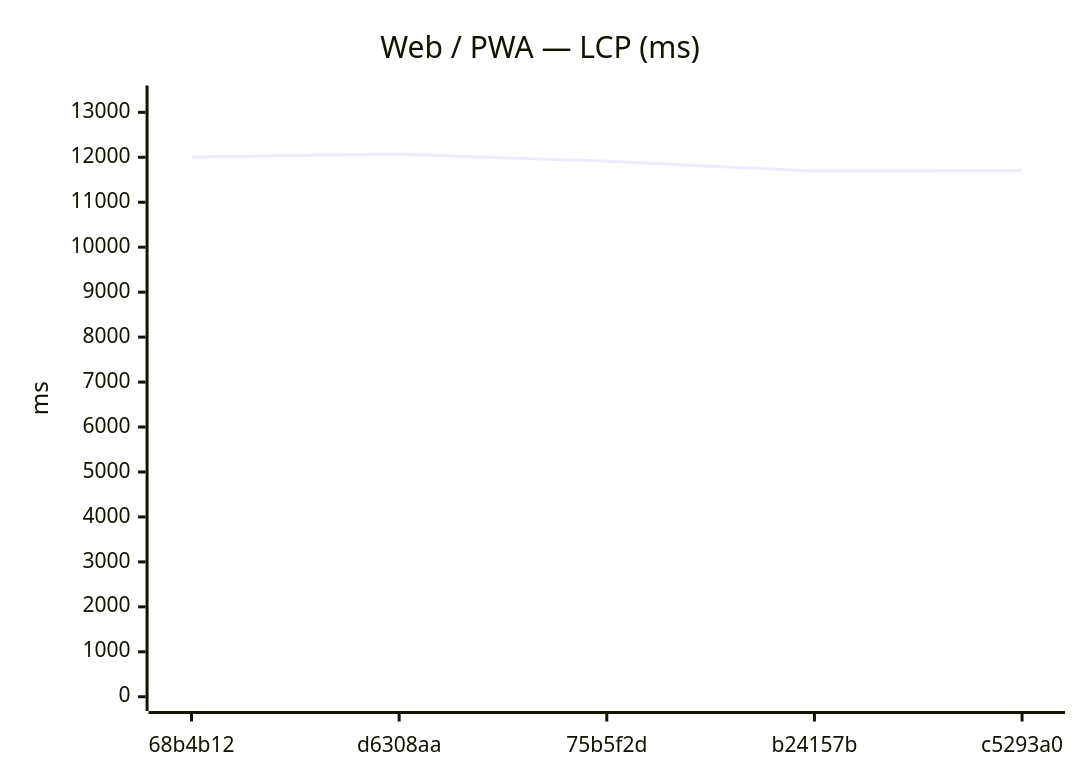
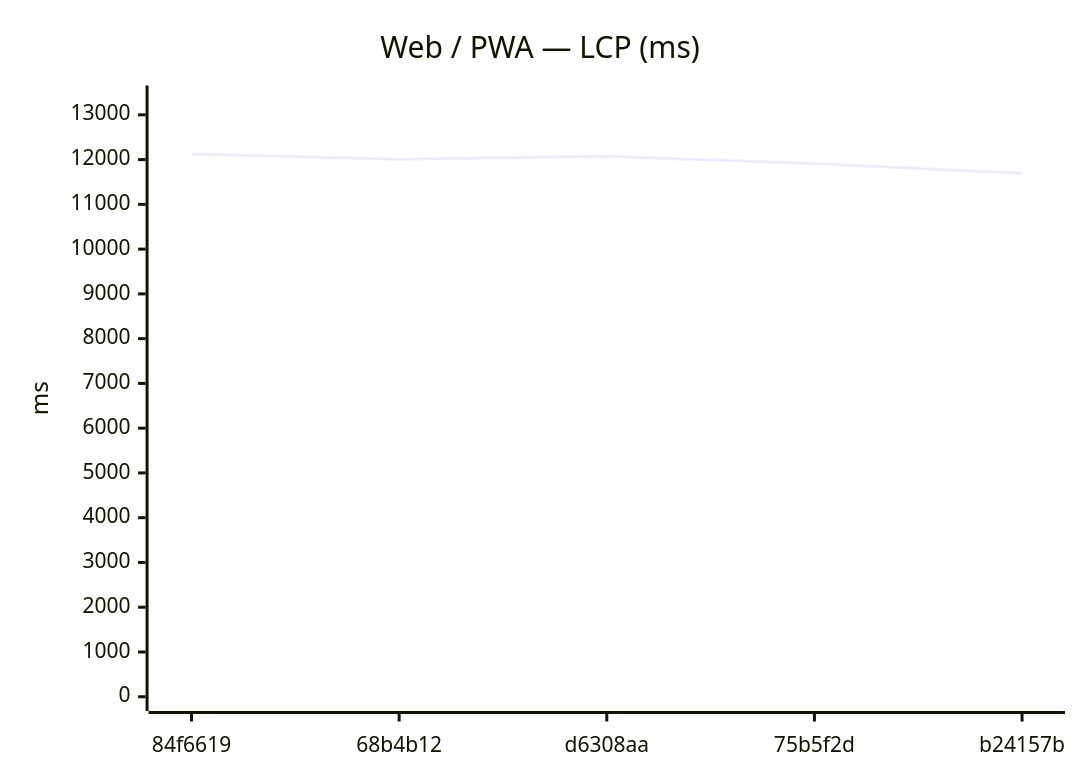
Before and after one commit to Metaheurist/Rianell: the seventh of 18 diagrams in benchmarks/compare.md, drawn with Mermaid. The commit also changed other lines of this file and 12 other files, not shown here.

````diff
--- a/benchmarks/compare.md
+++ b/benchmarks/compare.md
@@ -144,7 +117,7 @@
 ```mermaid
 xychart-beta
     title "Web / PWA — LCP (ms)"
-    x-axis ["68b4b12", "d6308aa", "75b5f2d", "b24157b", "c5293a0"]
-    y-axis "ms" 0 --> 13280
-    line [12007, 12072, 11911, 11695, 11707]
+    x-axis ["84f6619", "68b4b12", "d6308aa", "75b5f2d", "b24157b"]
+    y-axis "ms" 0 --> 13337
+    line [12124, 12007, 12072, 11911, 11695]
 ```
````
